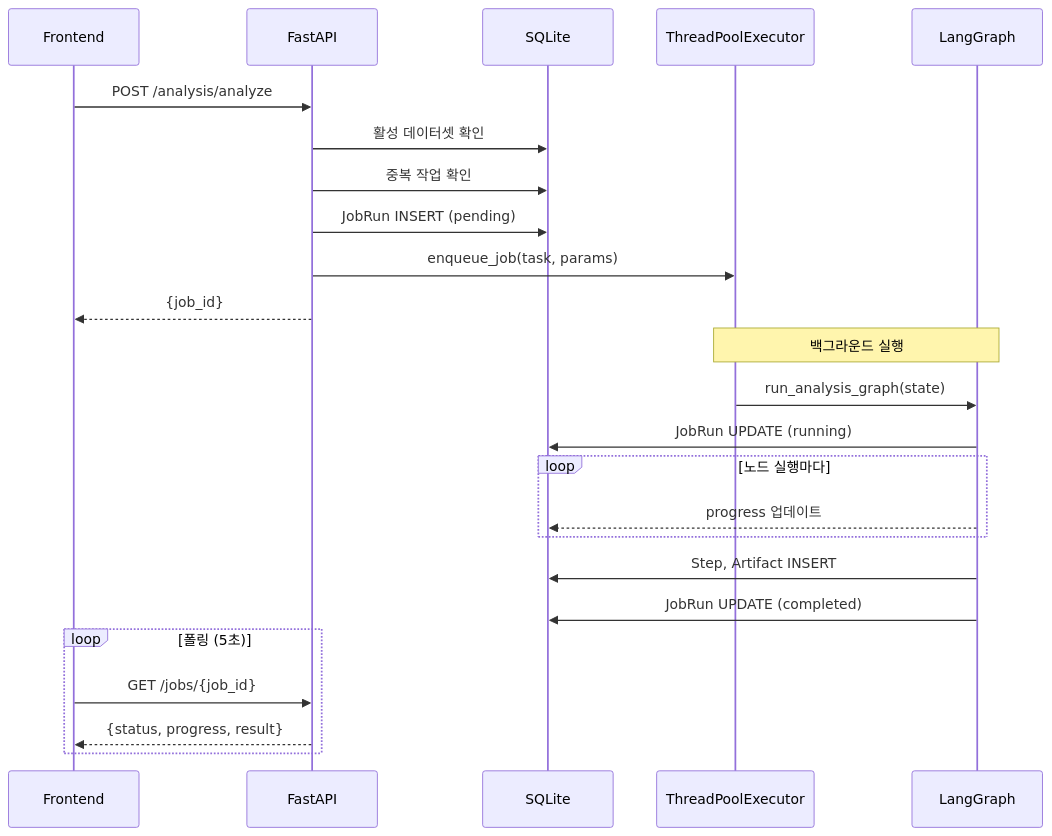
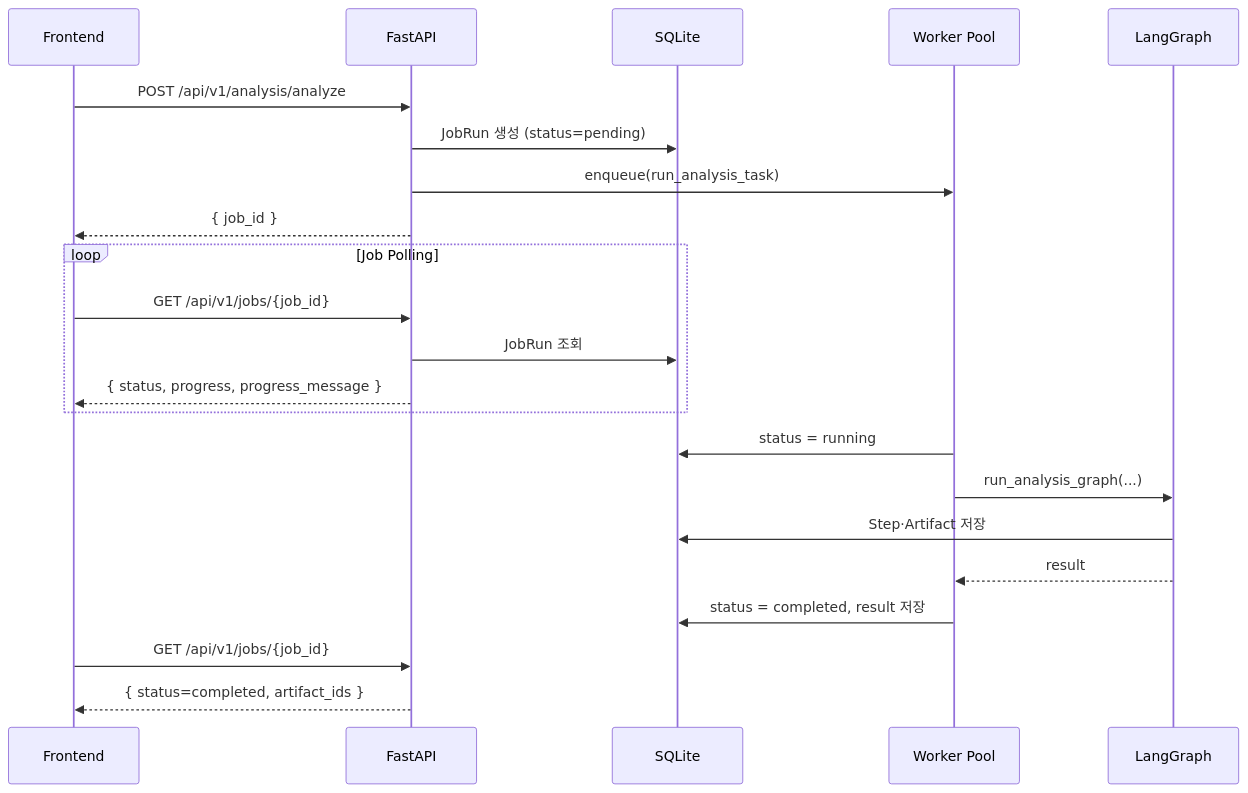
One commit to DusunHwang/Data_LG changed diagram 11 of 13 in README.md. Above: the diagram before and after it, drawn with Mermaid. The commit also changed other lines of this file, not shown here.

First line of the commit message:
docs: README.md 전면 재작성 — 아키텍처·파이프라인 mermaid 시각화

````diff
--- a/README.md
+++ b/README.md
@@ -481,29 +245,28 @@
 ```mermaid
 sequenceDiagram
     participant FE as Frontend
     participant API as FastAPI
     participant DB as SQLite
-    participant Q as ThreadPoolExecutor
-    participant G as LangGraph
+    participant WQ as Worker Pool
+    participant LG as LangGraph
 
-    FE->>API: POST /analysis/analyze
-    API->>DB: 활성 데이터셋 확인
-    API->>DB: 중복 작업 확인
-    API->>DB: JobRun INSERT (pending)
-    API->>Q: enqueue_job(task, params)
-    API-->>FE: {job_id}
+    FE->>API: POST /api/v1/analysis/analyze
+    API->>DB: JobRun 생성 (status=pending)
+    API->>WQ: enqueue(run_analysis_task)
+    API-->>FE: { job_id }
 
-    Note over Q,G: 백그라운드 실행
-    Q->>G: run_analysis_graph(state)
-    G->>DB: JobRun UPDATE (running)
-    loop 노드 실행마다
-        G-->>DB: progress 업데이트
+    loop Job Polling
+        FE->>API: GET /api/v1/jobs/{job_id}
+        API->>DB: JobRun 조회
+        API-->>FE: { status, progress, progress_message }
     end
-    G->>DB: Step, Artifact INSERT
-    G->>DB: JobRun UPDATE (completed)
 
-    loop 폴링 (5초)
-        FE->>API: GET /jobs/{job_id}
-        API-->>FE: {status, progress, result}
-    end
+    WQ->>DB: status = running
+    WQ->>LG: run_analysis_graph(...)
+    LG->>DB: Step·Artifact 저장
+    LG-->>WQ: result
+
+    WQ->>DB: status = completed, result 저장
+    FE->>API: GET /api/v1/jobs/{job_id}
+    API-->>FE: { status=completed, artifact_ids }
 ```
````
